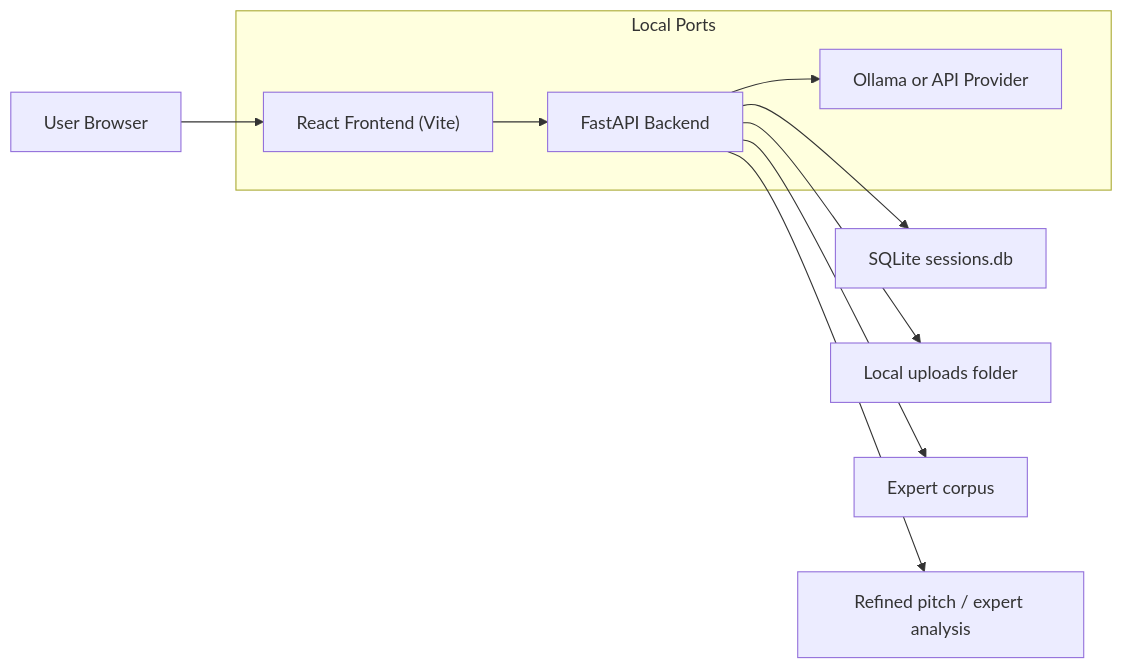
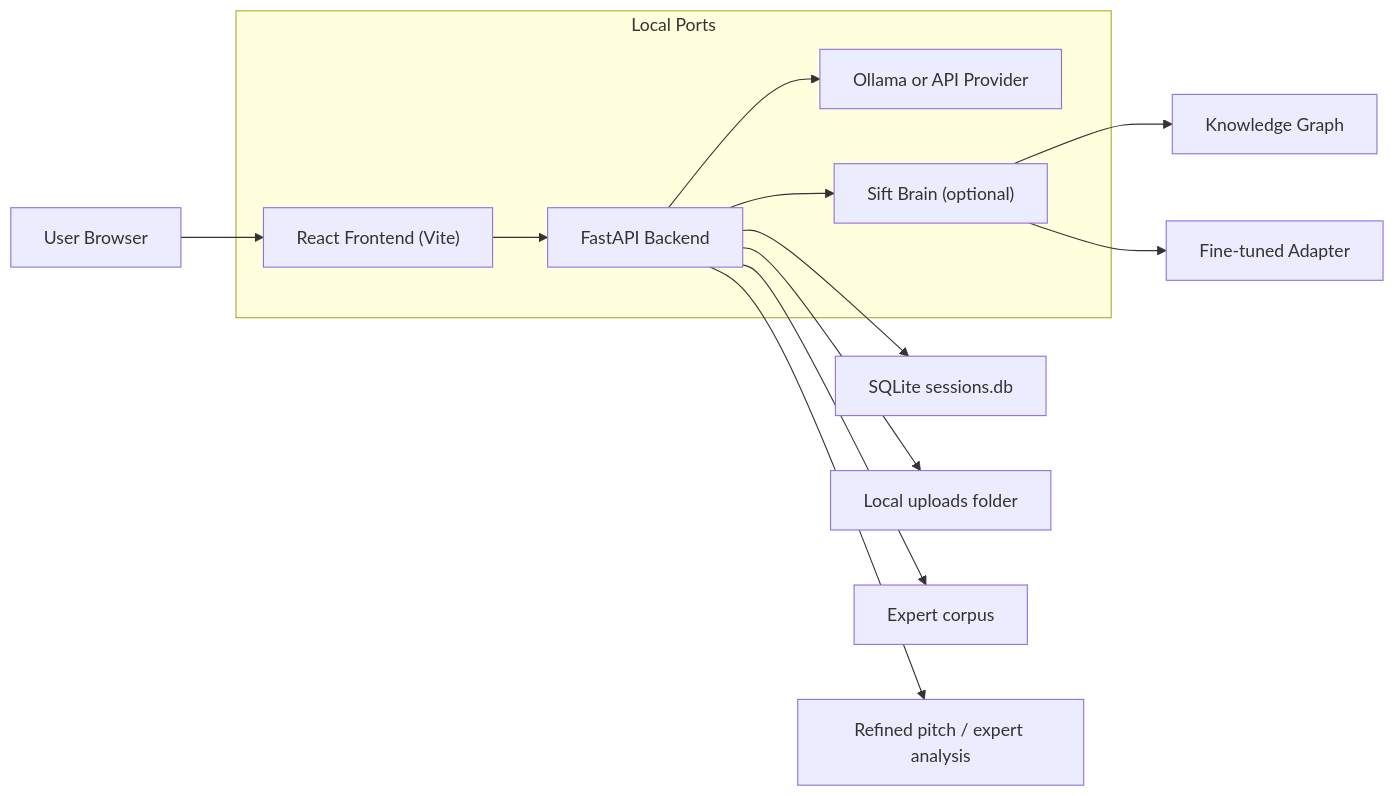
One commit to saimihirj/Sift changed the first of 6 diagrams in docs/ARCHITECTURE.md. Above: the diagram before and after it, drawn with Mermaid. The commit also changed other lines of this file and 41 other files, not shown here.

````diff
--- a/docs/ARCHITECTURE.md
+++ b/docs/ARCHITECTURE.md
@@ -33,16 +34,20 @@
 ```mermaid
 flowchart LR
     U["User Browser"] --> F["React Frontend (Vite)"]
     F --> A["FastAPI Backend"]
     A --> M["Ollama or API Provider"]
     A --> S["SQLite sessions.db"]
     A --> UPL["Local uploads folder"]
     A --> KB["Expert corpus"]
+    A --> SB["Sift Brain (optional)"]
+    SB --> KG["Knowledge Graph"]
+    SB --> LLM["Fine-tuned Adapter"]
     A --> O["Refined pitch / expert analysis"]
 
     subgraph Local Ports
       F
       A
       M
+      SB
     end
 ```
````
